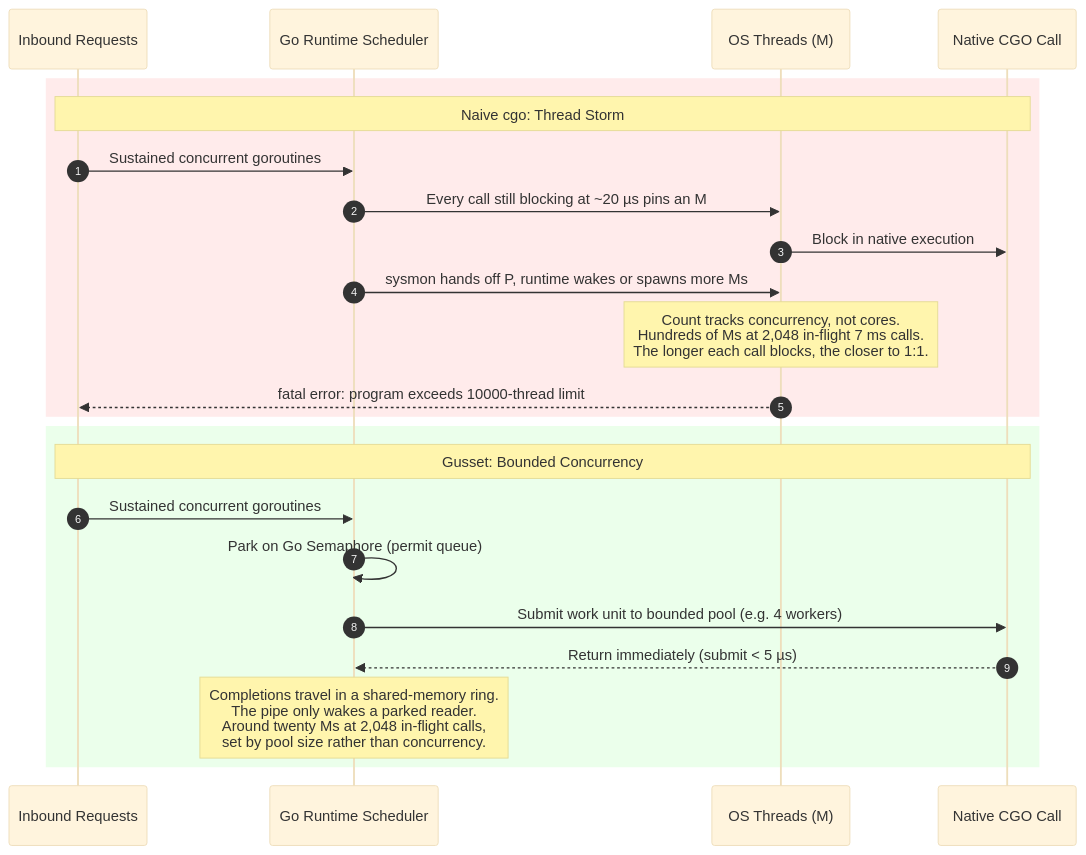
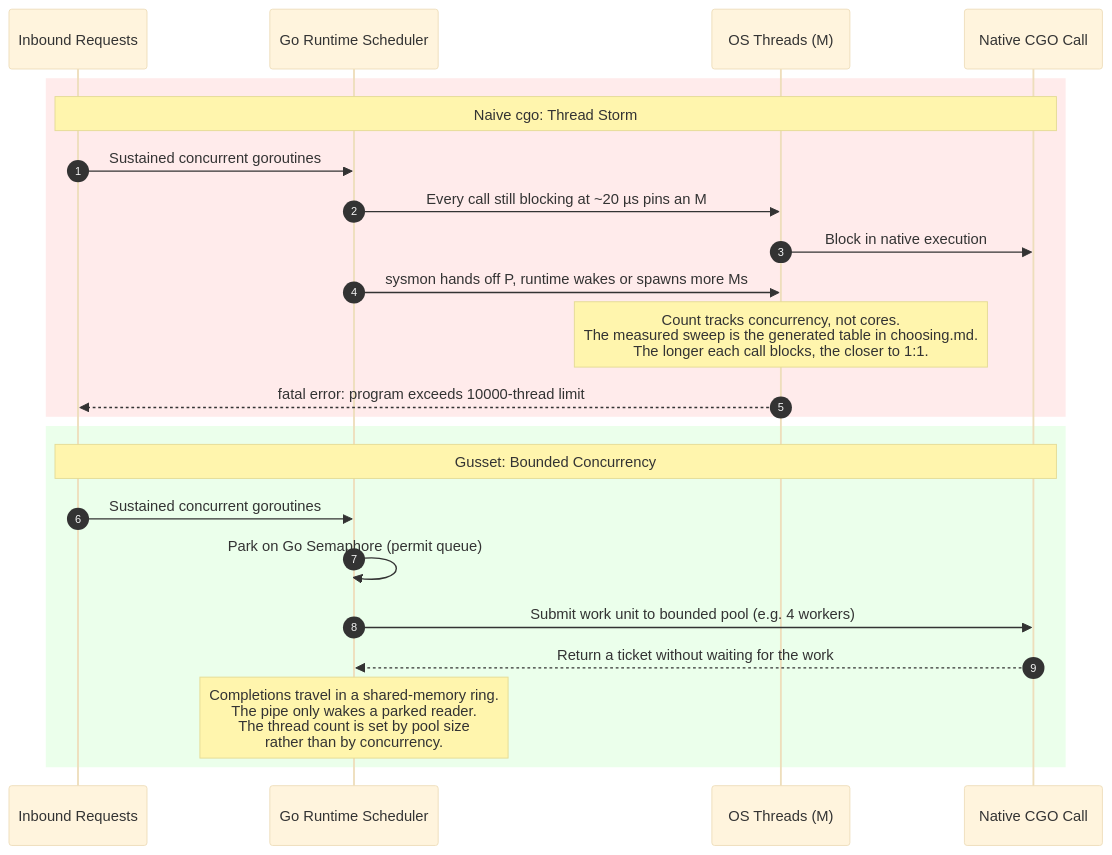
One commit to bharathvbcr/gusset changed the second of 2 diagrams in docs/why.md. Above: the diagram before and after it, drawn with Mermaid (base theme). The commit also changed other lines of this file and 12 other files, not shown here.

First line of the commit message:
docs: iceoryx2 facts, the isolate protocol, phase status and every benchmark figure labelled or gone; CHANGELOG

````diff
--- a/docs/why.md
+++ b/docs/why.md
@@ -75,27 +75,27 @@
 ```mermaid
 sequenceDiagram
     autonumber
     participant HTTP as Inbound Requests
     participant GoSched as Go Runtime Scheduler
     participant OS as OS Threads (M)
     participant Rust as Native CGO Call
 
     rect rgb(255, 235, 235)
         Note over HTTP,Rust: Naive cgo: Thread Storm
         HTTP->>GoSched: Sustained concurrent goroutines
         GoSched->>OS: Every call still blocking at ~20 µs pins an M
         OS->>Rust: Block in native execution
         GoSched->>OS: sysmon hands off P, runtime wakes or spawns more Ms
-        Note over OS: Count tracks concurrency, not cores.<br/>Hundreds of Ms at 2,048 in-flight 7 ms calls.<br/>The longer each call blocks, the closer to 1:1.
+        Note over OS: Count tracks concurrency, not cores.<br/>The measured sweep is the generated table in choosing.md.<br/>The longer each call blocks, the closer to 1:1.
         OS-->>HTTP: fatal error: program exceeds 10000-thread limit
     end
 
     rect rgb(235, 255, 235)
         Note over HTTP,Rust: Gusset: Bounded Concurrency
         HTTP->>GoSched: Sustained concurrent goroutines
         GoSched->>GoSched: Park on Go Semaphore (permit queue)
         GoSched->>Rust: Submit work unit to bounded pool (e.g. 4 workers)
-        Rust-->>GoSched: Return immediately (submit < 5 µs)
-        Note over GoSched: Completions travel in a shared-memory ring.<br/>The pipe only wakes a parked reader.<br/>Around twenty Ms at 2,048 in-flight calls,<br/>set by pool size rather than concurrency.
+        Rust-->>GoSched: Return a ticket without waiting for the work
+        Note over GoSched: Completions travel in a shared-memory ring.<br/>The pipe only wakes a parked reader.<br/>The thread count is set by pool size<br/>rather than by concurrency.
     end
 ```
````
